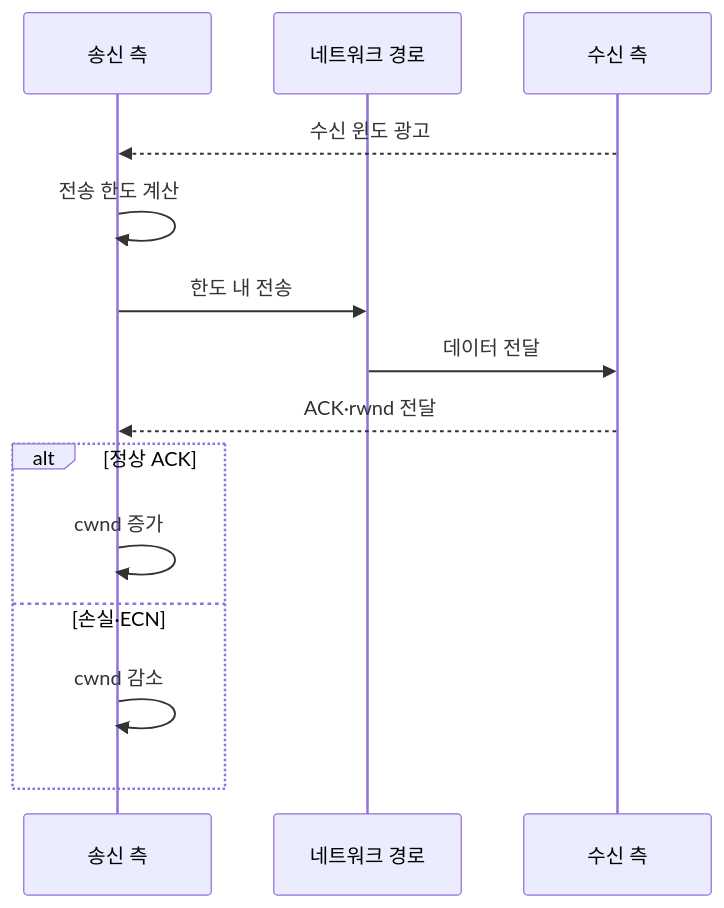
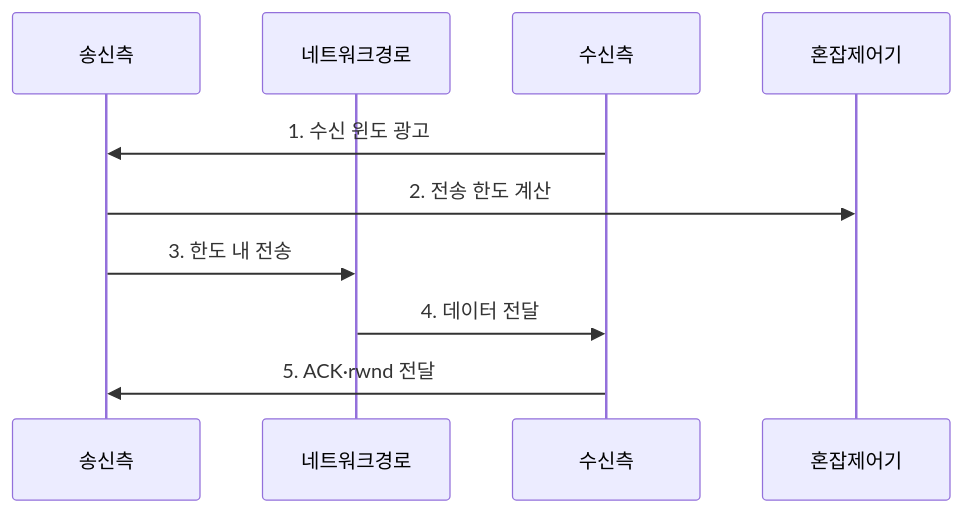
The second of 2 diagrams in src/content/docs/notes/04-network/028_flow_control.md (agnusdei1207/knowledge-base), drawn with Mermaid before and after one commit. The commit also changed other lines of this file and 20 other files, not shown here.

````diff
--- a/src/content/docs/notes/04-network/028_flow_control.md
+++ b/src/content/docs/notes/04-network/028_flow_control.md
@@ -88,16 +85,12 @@
 ```mermaid
 sequenceDiagram
-    participant S as 송신 측
-    participant N as 네트워크 경로
-    participant R as 수신 측
-    R-->>S: 수신 윈도 광고
-    S->>S: 전송 한도 계산
-    S->>N: 한도 내 전송
-    N->>R: 데이터 전달
-    R-->>S: ACK·rwnd 전달
-    alt 정상 ACK
-        S->>S: cwnd 증가
-    else 손실·ECN
-        S->>S: cwnd 감소
-    end
+    participant 송신측
+    participant 네트워크경로
+    participant 수신측
+    participant 혼잡제어기
+    수신측->>송신측: 1. 수신 윈도 광고
+    송신측->>혼잡제어기: 2. 전송 한도 계산
+    송신측->>네트워크경로: 3. 한도 내 전송
+    네트워크경로->>수신측: 4. 데이터 전달
+    수신측->>송신측: 5. ACK·rwnd 전달
 ```
````
